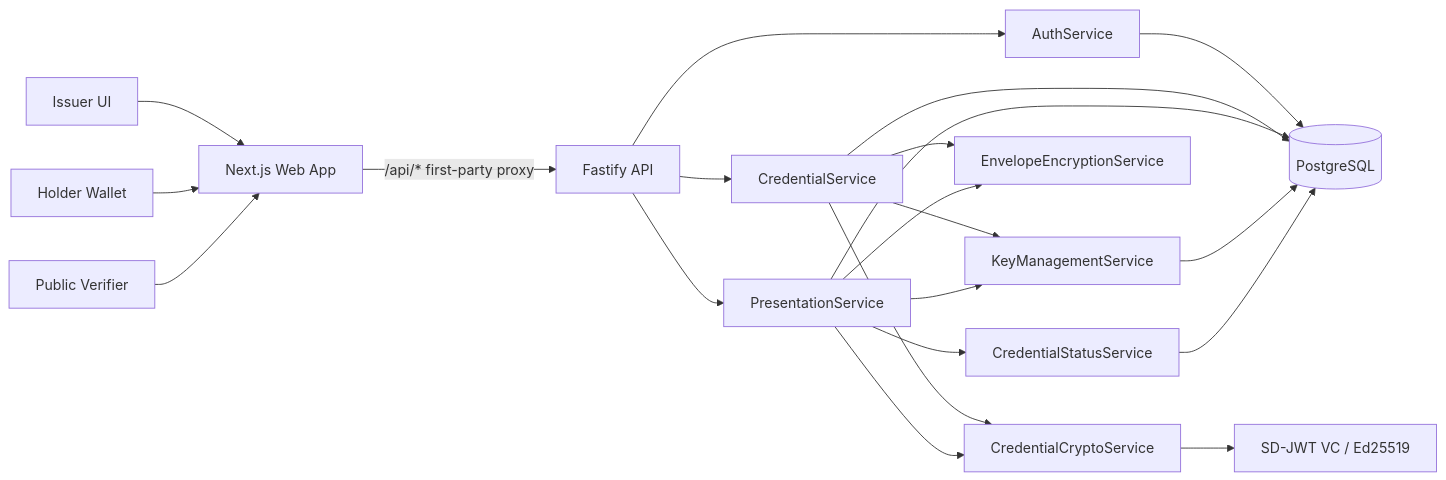
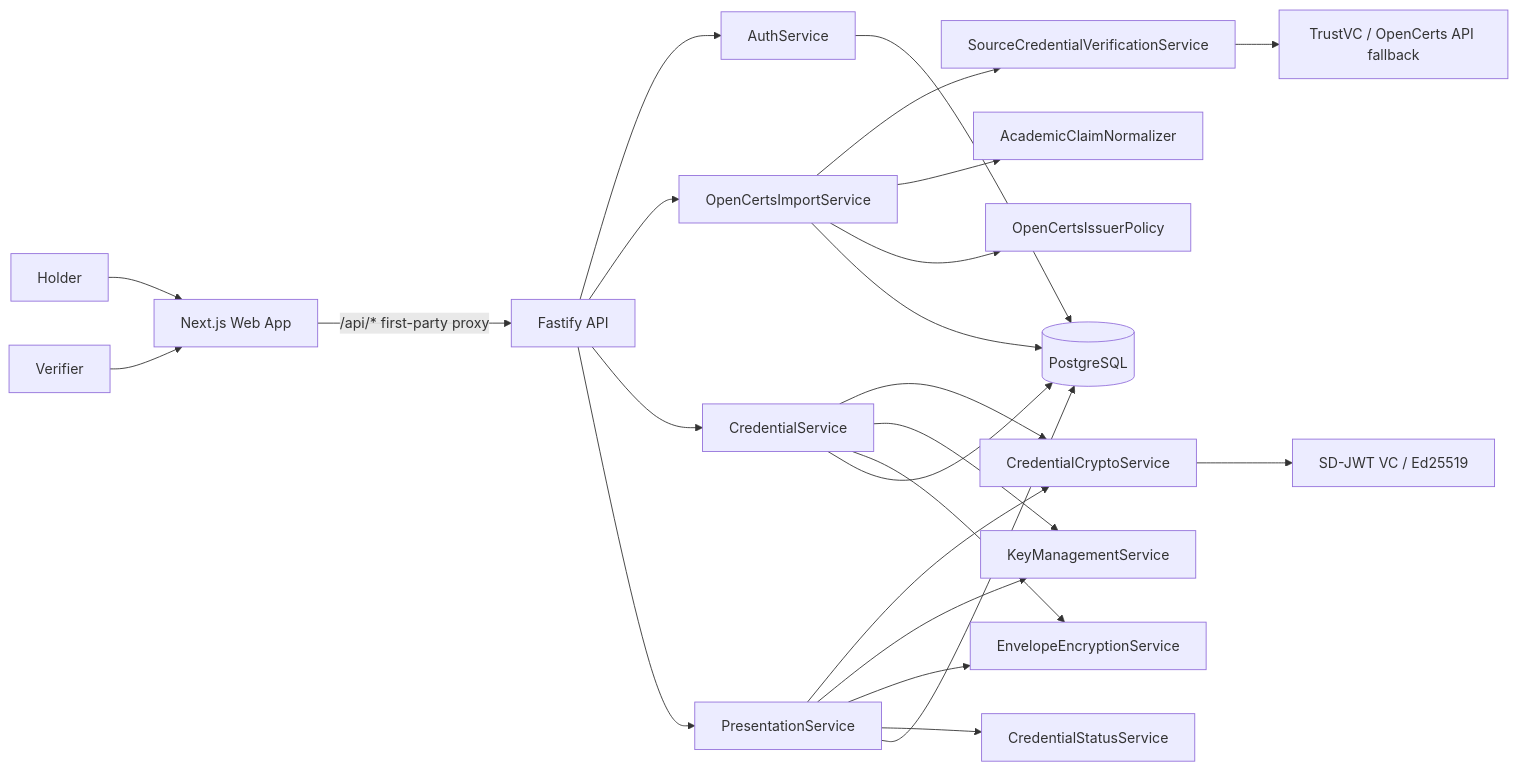
The diagram in README.md (SomneelSaha2042/RevealID), drawn with Mermaid before and after one commit. The commit also changed other lines of this file and 9 other files, not shown here.

````diff
--- a/README.md
+++ b/README.md
@@ -35,27 +71,31 @@
 ```mermaid
 flowchart LR
-  Issuer[Issuer UI] --> Web[Next.js Web App]
-  Holder[Holder Wallet] --> Web
-  Verifier[Public Verifier] --> Web
+  Holder[Holder] --> Web[Next.js Web App]
+  Verifier[Verifier] --> Web
 
   Web -->|/api/* first-party proxy| API[Fastify API]
   API --> Auth[AuthService]
+  API --> Import[OpenCertsImportService]
   API --> Credential[CredentialService]
   API --> Presentation[PresentationService]
+
+  Import --> SourceVerify[SourceCredentialVerificationService]
+  Import --> Normalize[AcademicClaimNormalizer]
+  Import --> Policy[OpenCertsIssuerPolicy]
+  SourceVerify --> TrustVC[TrustVC / OpenCerts API fallback]
 
   Credential --> Crypto[CredentialCryptoService]
   Presentation --> Crypto
   Credential --> Keys[KeyManagementService]
   Presentation --> Keys
   Credential --> Envelope[EnvelopeEncryptionService]
   Presentation --> Envelope
   Presentation --> Status[CredentialStatusService]
 
   Auth --> DB[(PostgreSQL)]
+  Import --> DB
   Credential --> DB
   Presentation --> DB
-  Keys --> DB
-  Status --> DB
 
   Crypto --> SDJWT[SD-JWT VC / Ed25519]
 ```
````
